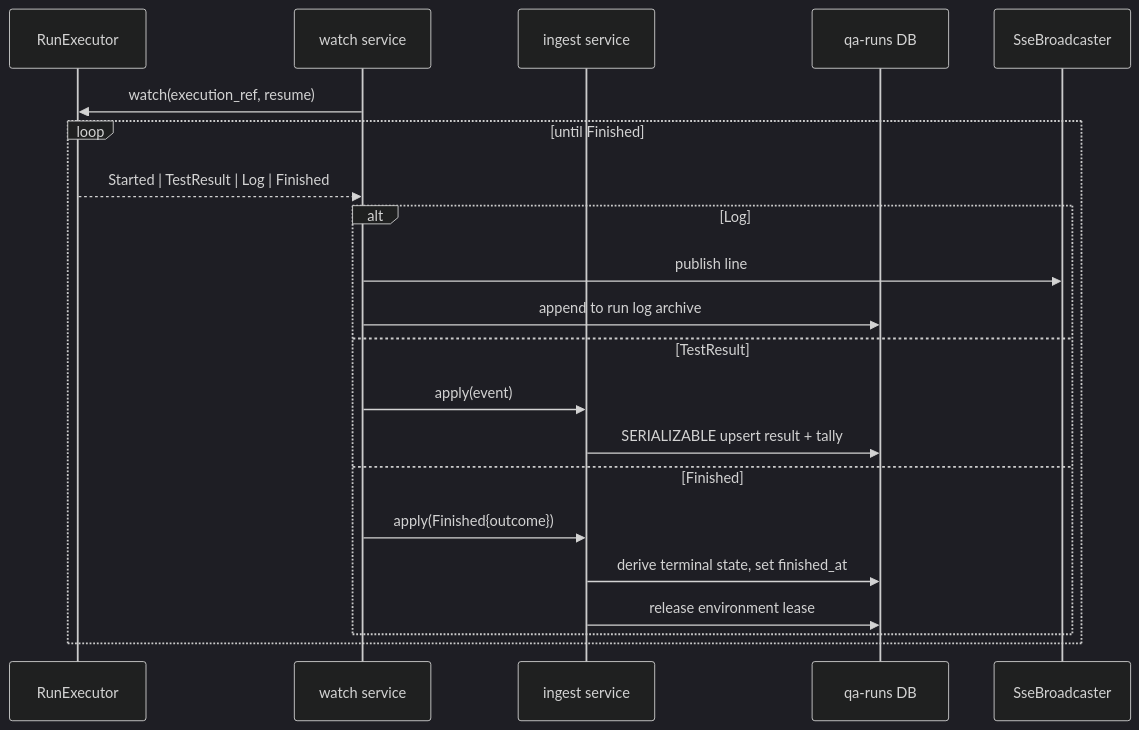
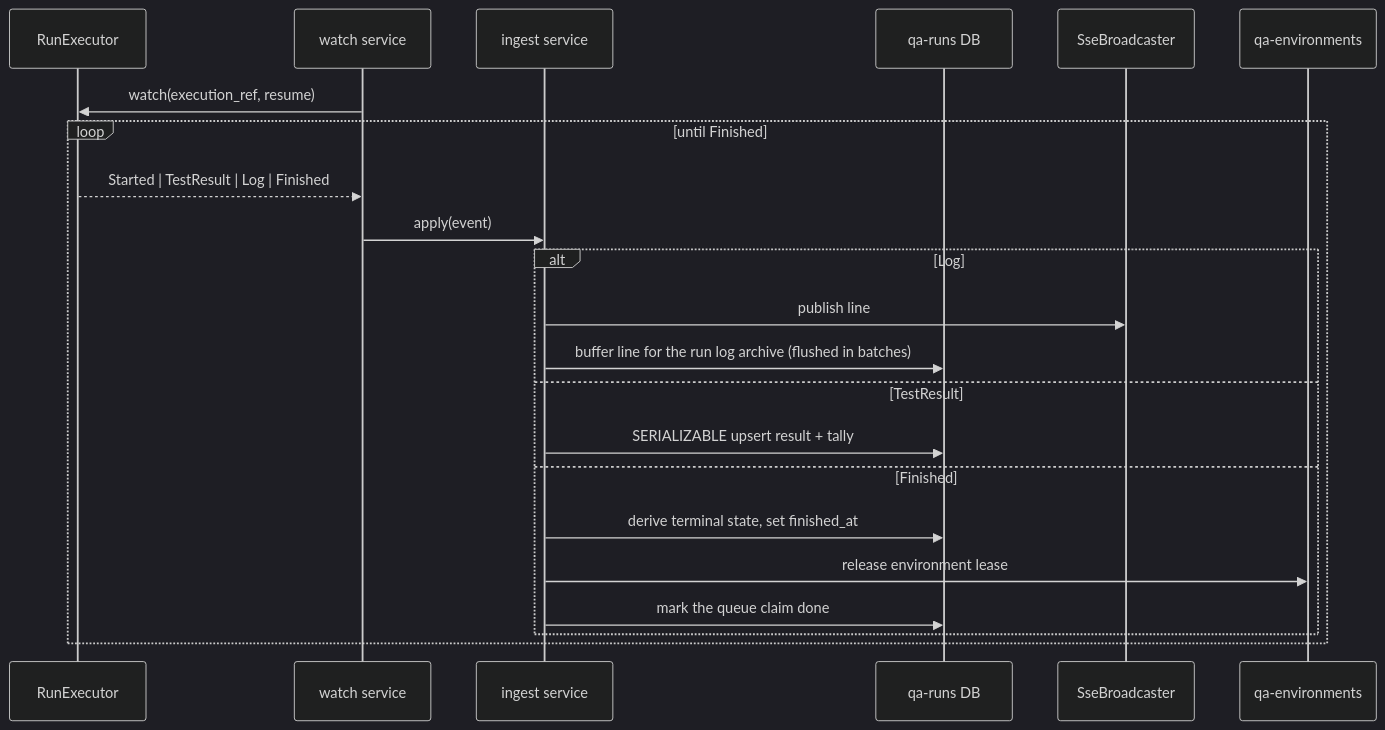
One commit to mo3g89/gears-rust changed the third of 5 diagrams in gears/qa-platform/docs/DESIGN.md. Above: the diagram before and after it, drawn with Mermaid (dark theme). The commit also changed other lines of this file and 476 other files, not shown here.

First line of the commit message:
fix(qa-platform): close the architecture review's findings and the classes they belong to

````diff
--- a/gears/qa-platform/docs/DESIGN.md
+++ b/gears/qa-platform/docs/DESIGN.md
@@ -1082,24 +1518,25 @@
 ```mermaid
 sequenceDiagram
     participant EX as RunExecutor
     participant W as watch service
     participant ING as ingest service
     participant DB as qa-runs DB
     participant SSE as SseBroadcaster
+    participant ENV as qa-environments
 
     W->>EX: watch(execution_ref, resume)
     loop until Finished
         EX-->>W: Started | TestResult | Log | Finished
+        W->>ING: apply(event)
         alt Log
-            W->>SSE: publish line
-            W->>DB: append to run log archive
+            ING->>SSE: publish line
+            ING->>DB: buffer line for the run log archive (flushed in batches)
         else TestResult
-            W->>ING: apply(event)
             ING->>DB: SERIALIZABLE upsert result + tally
         else Finished
-            W->>ING: apply(Finished{outcome})
             ING->>DB: derive terminal state, set finished_at
-            ING->>DB: release environment lease
+            ING->>ENV: release environment lease
+            ING->>DB: mark the queue claim done
         end
     end
 ```
````
